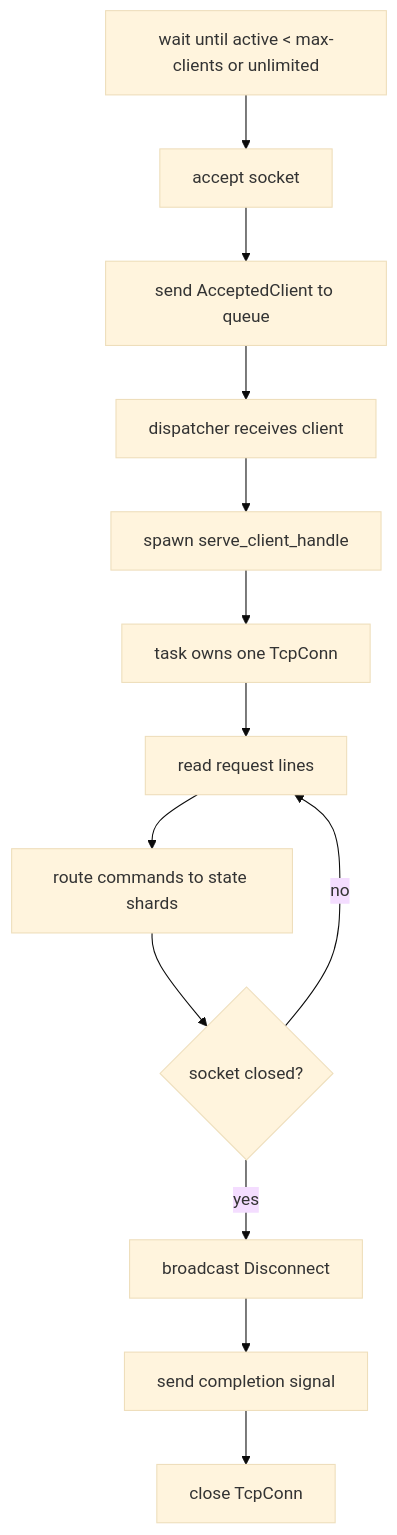
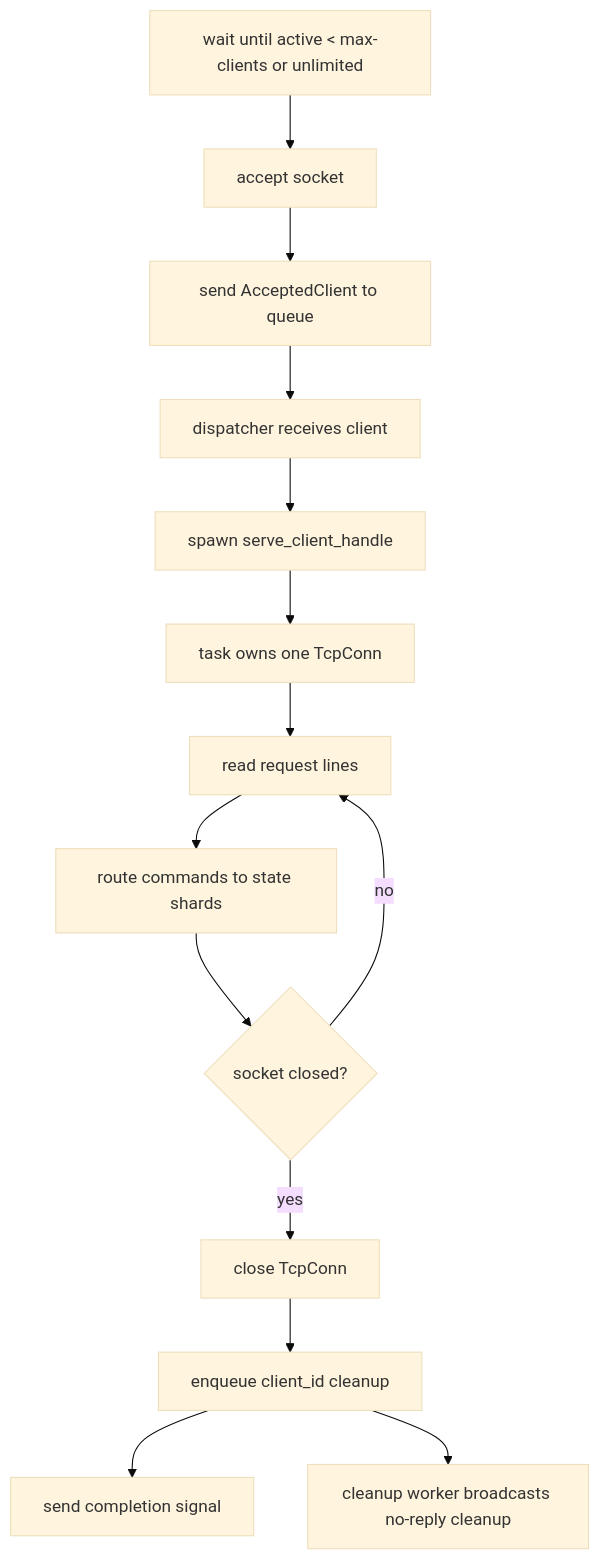
The third of 6 diagrams in ARCHITECTURE.md (vovakirdan/surgekv), drawn with Mermaid (base theme) before and after one commit. The commit also changed other lines of this file and 17 other files, not shown here.

````diff
--- a/ARCHITECTURE.md
+++ b/ARCHITECTURE.md
@@ -113,15 +118,16 @@
 ```mermaid
 flowchart TD
     A["wait until active < max-clients or unlimited"] --> B["accept socket"]
     B --> C["send AcceptedClient to queue"]
     C --> D["dispatcher receives client"]
     D --> E["spawn serve_client_handle"]
     E --> F["task owns one TcpConn"]
     F --> G["read request lines"]
     G --> H["route commands to state shards"]
     H --> I{"socket closed?"}
     I -->|"no"| G
-    I -->|"yes"| J["broadcast Disconnect"]
-    J --> K["send completion signal"]
-    K --> L["close TcpConn"]
+    I -->|"yes"| J["close TcpConn"]
+    J --> K["enqueue client_id cleanup"]
+    K --> L["send completion signal"]
+    K --> M["cleanup worker broadcasts no-reply cleanup"]
 ```
````
